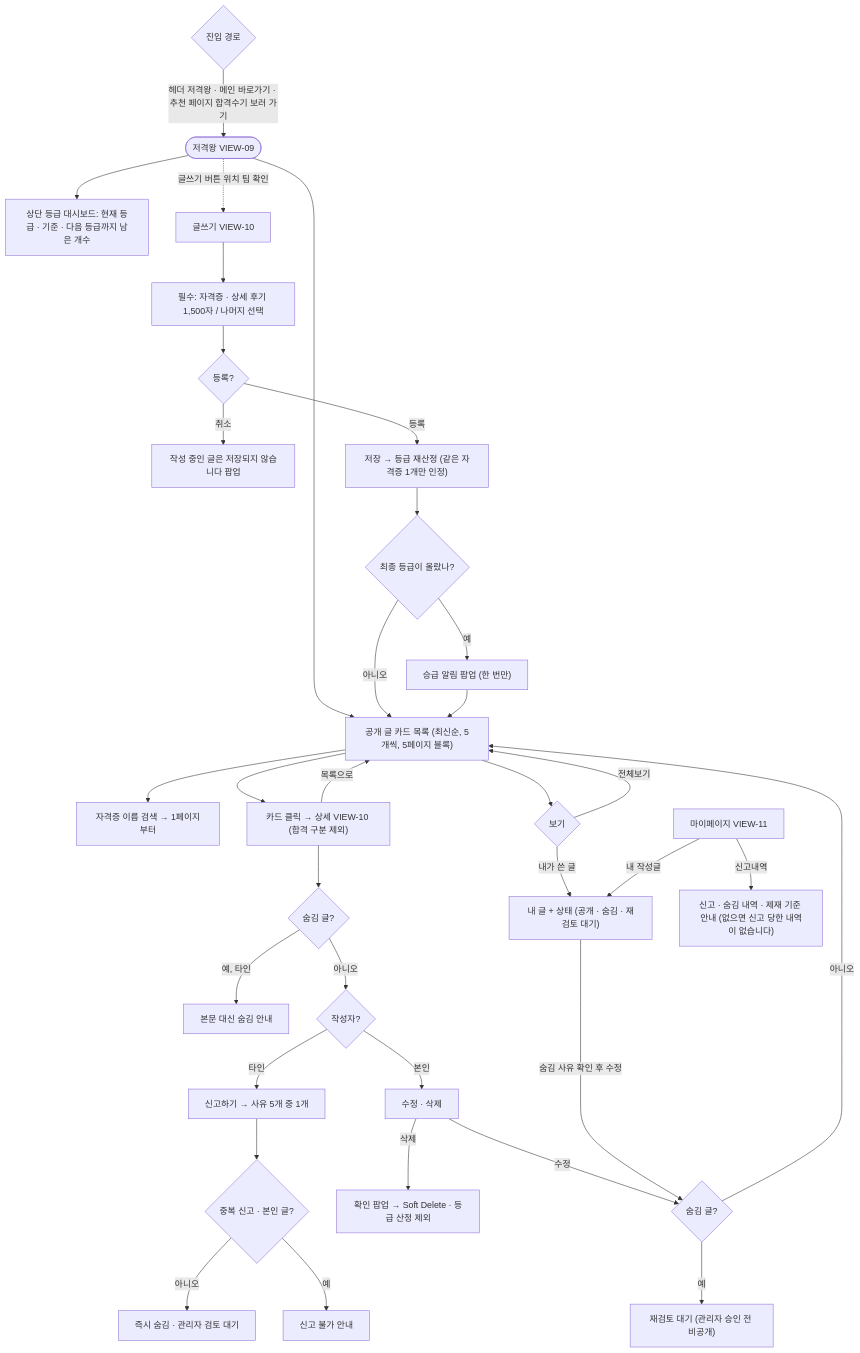
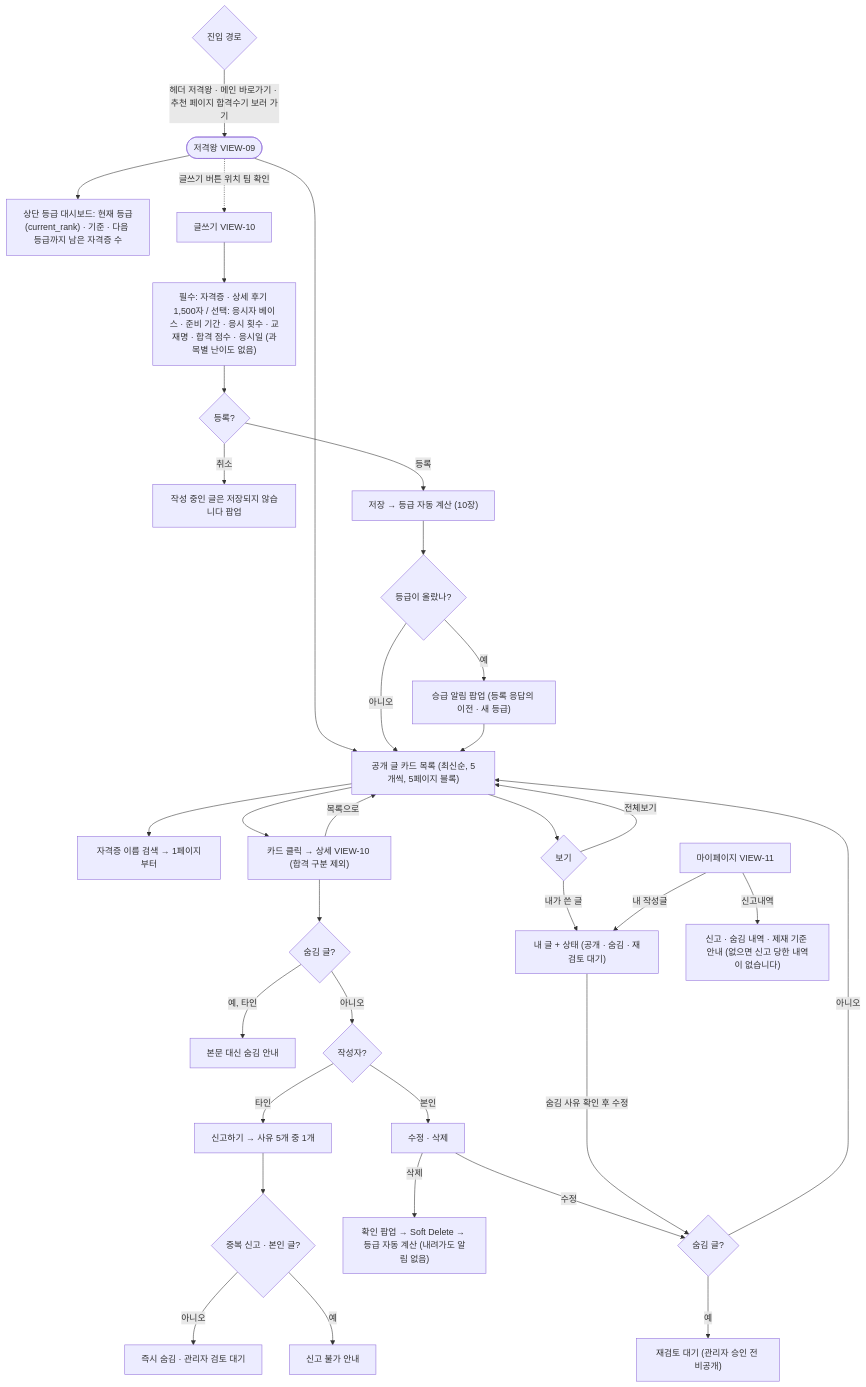
One commit to team-ap-cert-sniper/cert-sniper changed the ninth of 12 diagrams in docs/FLOWCHART.md. Above: the diagram before and after it, drawn with Mermaid. The commit also changed other lines of this file and 29 other files, not shown here.

Commit message:
DB 설계서 업데이트: 스키아- ERD - 플로우차트 - etl - README

````diff
--- a/docs/FLOWCHART.md
+++ b/docs/FLOWCHART.md
@@ -303,36 +303,36 @@
 ```mermaid
 flowchart TD
   IN{"진입 경로"} -->|헤더 저격왕 · 메인 바로가기 · 추천 페이지 합격수기 보러 가기| A(["저격왕 VIEW-09"])
-  A --> DB["상단 등급 대시보드: 현재 등급 · 기준 · 다음 등급까지 남은 개수"]
+  A --> DB["상단 등급 대시보드: 현재 등급(current_rank) · 기준 · 다음 등급까지 남은 자격증 수"]
   A --> L["공개 글 카드 목록 (최신순, 5개씩, 5페이지 블록)"]
   L --> S["자격증 이름 검색 → 1페이지부터"]
   L --> V{"보기"}
   V -->|전체보기| L
   V -->|내가 쓴 글| MYL["내 글 + 상태 (공개 · 숨김 · 재검토 대기)"]
   L --> D["카드 클릭 → 상세 VIEW-10 (합격 구분 제외)"]
   D --> HID{"숨김 글?"}
   HID -->|예, 타인| HN["본문 대신 숨김 안내"]
   HID -->|아니오| O{"작성자?"}
   O -->|본인| ED["수정 · 삭제"]
   O -->|타인| RP["신고하기 → 사유 5개 중 1개"]
   D -->|목록으로| L
   RP --> RP2{"중복 신고 · 본인 글?"}
   RP2 -->|예| RP3["신고 불가 안내"]
   RP2 -->|아니오| RP4["즉시 숨김 · 관리자 검토 대기"]
   A -.->|글쓰기 버튼 위치 팀 확인| W["글쓰기 VIEW-10"]
-  W --> W1["필수: 자격증 · 상세 후기 1,500자 / 나머지 선택"]
+  W --> W1["필수: 자격증 · 상세 후기 1,500자 / 선택: 응시자 베이스 · 준비 기간 · 응시 횟수 · 교재명 · 합격 점수 · 응시일 (과목별 난이도 없음)"]
   W1 --> W2{"등록?"}
   W2 -->|취소| W3["작성 중인 글은 저장되지 않습니다 팝업"]
-  W2 -->|등록| W4["저장 → 등급 재산정 (같은 자격증 1개만 인정)"]
-  W4 --> UP{"최종 등급이 올랐나?"}
-  UP -->|예| UPP["승급 알림 팝업 (한 번만)"]
+  W2 -->|등록| W4["저장 → 등급 자동 계산 (10장)"]
+  W4 --> UP{"등급이 올랐나?"}
+  UP -->|예| UPP["승급 알림 팝업 (등록 응답의 이전 · 새 등급)"]
   UP -->|아니오| L
   UPP --> L
-  ED -->|삭제| DEL["확인 팝업 → Soft Delete · 등급 산정 제외"]
+  ED -->|삭제| DEL["확인 팝업 → Soft Delete → 등급 자동 계산 (내려가도 알림 없음)"]
   ED -->|수정| EDT{"숨김 글?"}
   EDT -->|예| RV["재검토 대기 (관리자 승인 전 비공개)"]
   EDT -->|아니오| L
   MYL -->|숨김 사유 확인 후 수정| EDT
   MP["마이페이지 VIEW-11"] -->|내 작성글| MYL
   MP -->|신고내역| RH["신고 · 숨김 내역 · 제재 기준 안내 (없으면 신고 당한 내역이 없습니다)"]
 ```
````
